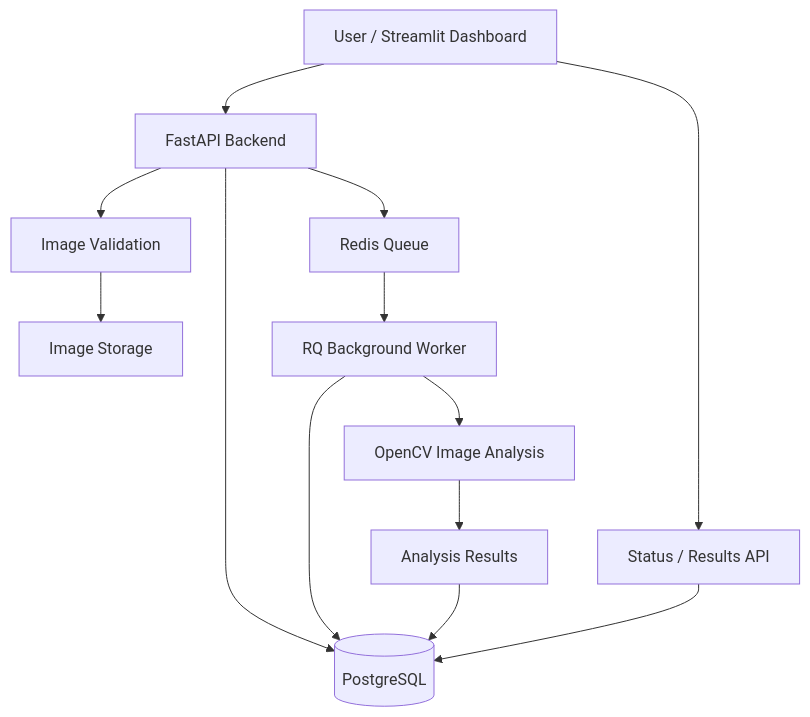
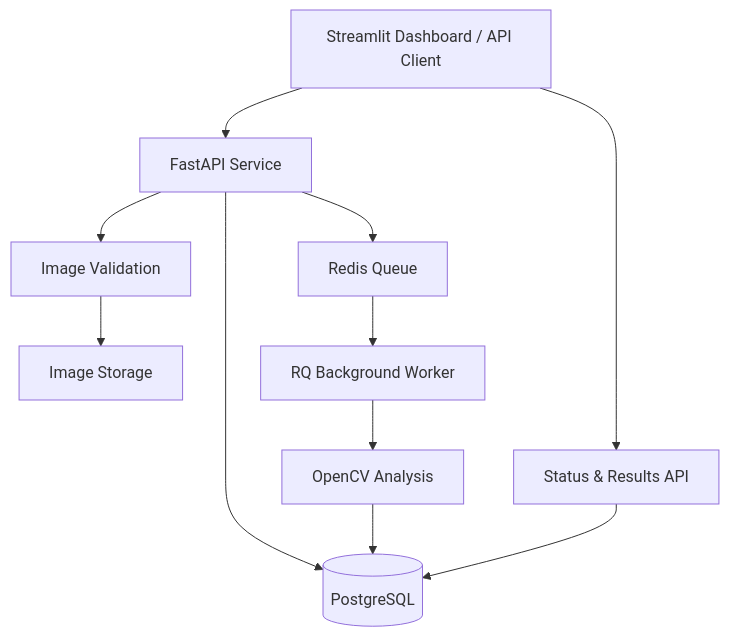
Before and after one commit to mayankptdr/gOGig_lens: the diagram in README.md, drawn with Mermaid. The commit also changed other lines of this file, not shown here.

````diff
--- a/README.md
+++ b/README.md
@@ -79,15 +69,13 @@
 ```mermaid
-flowchart TD
-    A[User / Streamlit Dashboard] --> B[FastAPI Backend]
-    B --> C[Image Validation]
-    C --> D[Image Storage]
-    B --> E[(PostgreSQL)]
-    B --> F[Redis Queue]
-    F --> G[RQ Background Worker]
-    G --> H[OpenCV Image Analysis]
-    G --> E
-    H --> I[Analysis Results]
-    I --> E
-    A --> J[Status / Results API]
-    J --> E
+flowchart TB
+    CLIENT[Streamlit Dashboard / API Client] --> API[FastAPI Service]
+    API --> VALIDATE[Image Validation]
+    VALIDATE --> STORAGE[Image Storage]
+    API --> DB[(PostgreSQL)]
+    API --> QUEUE[Redis Queue]
+    QUEUE --> WORKER[RQ Background Worker]
+    WORKER --> ANALYSIS[OpenCV Analysis]
+    ANALYSIS --> DB
+    CLIENT --> RESULTS[Status & Results API]
+    RESULTS --> DB
 ```
````
